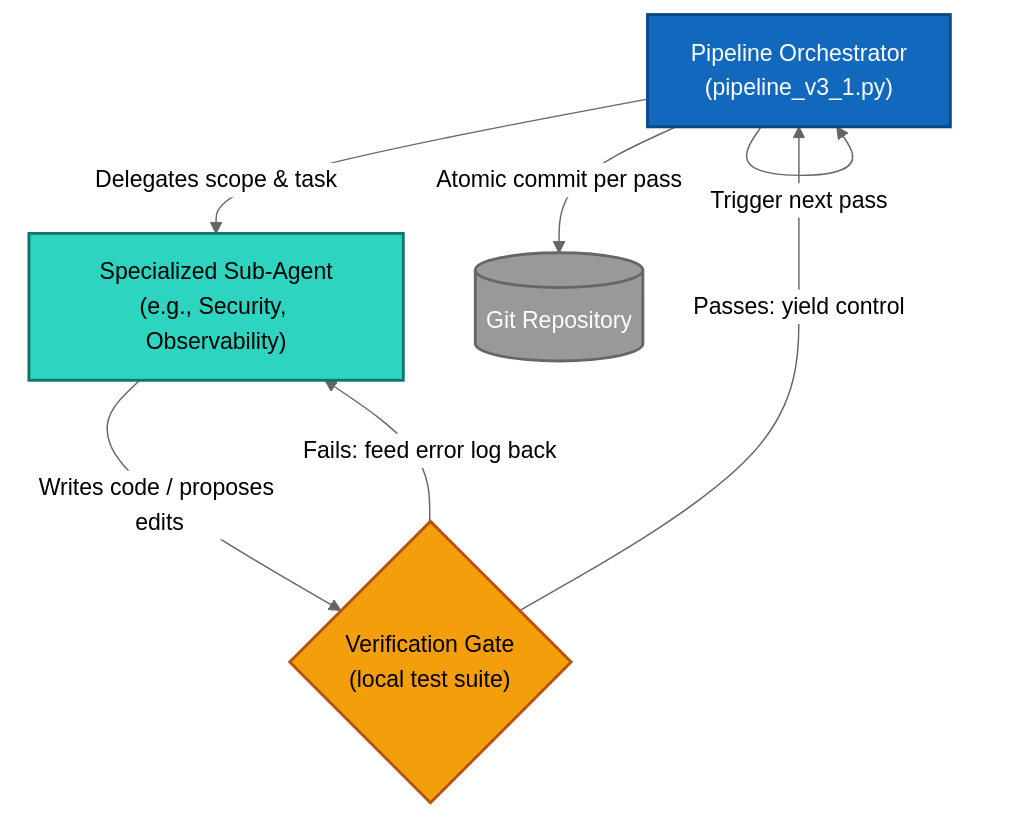
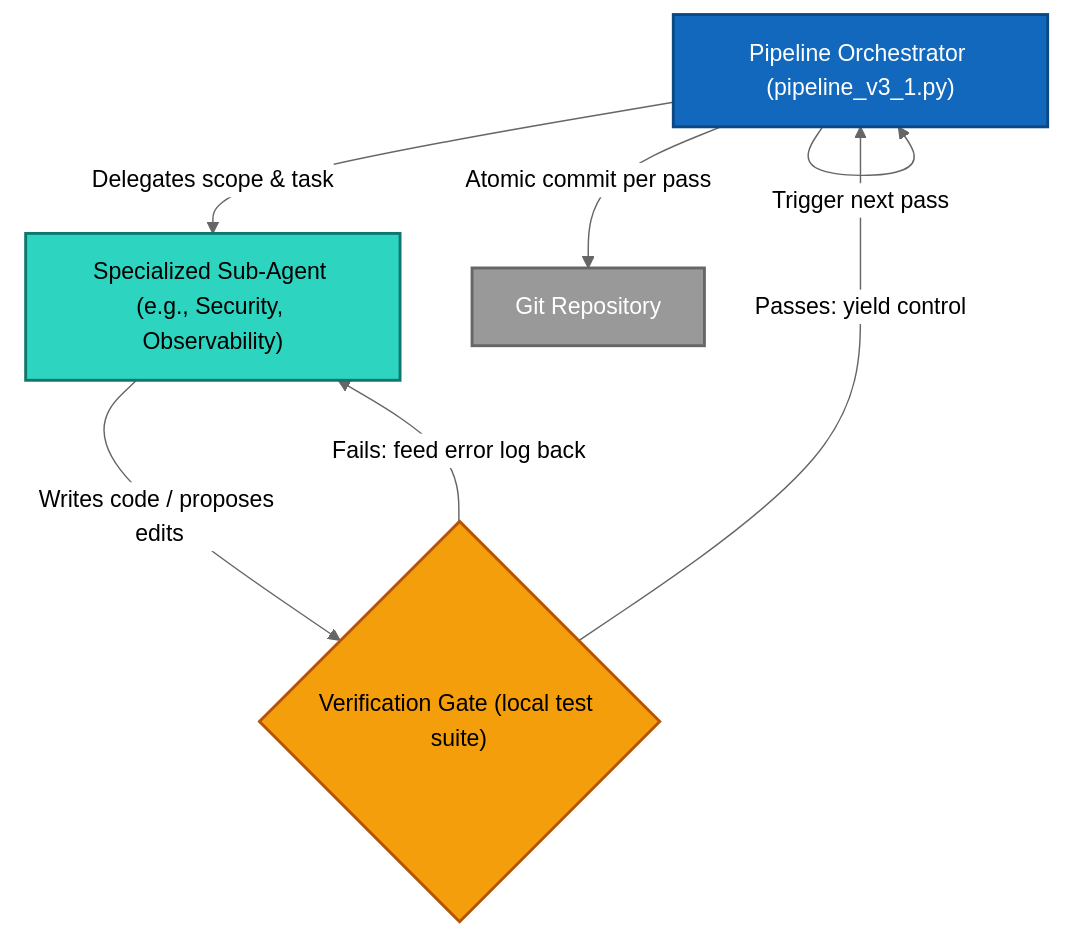
Before and after one commit to Digital-Assistant/ai-factory-setup: the diagram in README.md, drawn with Mermaid (neutral theme).

Commit message:
cleanup phase 2

````diff
--- a/README.md
+++ b/README.md
@@ -40,19 +40,19 @@
 ```mermaid
 graph TD
-    classDef orchestrator fill:#1168bd,stroke:#0b4884,stroke-width:2px,color:#fff
-    classDef subAgent fill:#2dd4bf,stroke:#0f766e,stroke-width:2px,color:#000
-    classDef gate fill:#f59e0b,stroke:#b45309,stroke-width:2px,color:#000
-    classDef external fill:#999999,stroke:#666666,stroke-width:2px,color:#fff
+    classDef orchestrator fill:#1168bd,stroke:#0b4884,stroke-width:2px,color:#fff;
+    classDef subAgent fill:#2dd4bf,stroke:#0f766e,stroke-width:2px,color:#000;
+    classDef gate fill:#f59e0b,stroke:#b45309,stroke-width:2px,color:#000;
+    classDef external fill:#999999,stroke:#666666,stroke-width:2px,color:#fff;
 
-    Orchestrator["Pipeline Orchestrator<br>(pipeline_v3_1.py)"]:::orchestrator
-    SubAgent["Specialized Sub-Agent<br>(e.g., Security, Observability)"]:::subAgent
-    Gate{"Verification Gate<br>(local test suite)"}:::gate
-    Git[("Git Repository")]:::external
+    Orchestrator["Pipeline Orchestrator (pipeline_v3_1.py)"]:::orchestrator
+    SubAgent["Specialized Sub-Agent (e.g., Security, Observability)"]:::subAgent
+    Gate{"Verification Gate (local test suite)"}:::gate
+    Git["Git Repository"]:::external
 
     Orchestrator -->|Delegates scope & task| SubAgent
     SubAgent -->|Writes code / proposes edits| Gate
     Gate -->|Fails: feed error log back| SubAgent
     Gate -->|Passes: yield control| Orchestrator
     Orchestrator -->|Atomic commit per pass| Git
     Orchestrator -->|Trigger next pass| Orchestrator
 ```
````
